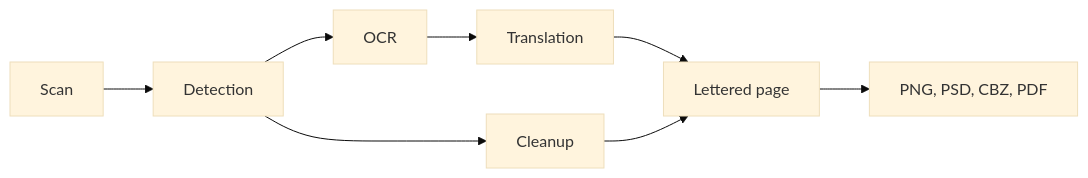
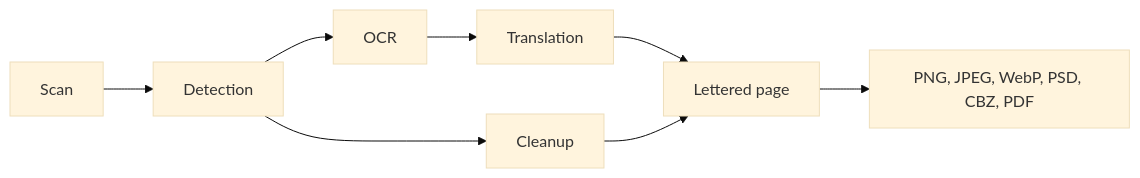
The diagram in packages/docs/how-it-works/index.mdx (koharu-rs/koharu), drawn with Mermaid (base theme) before and after one commit. The commit also changed 21 other files, not shown here.

Commit message:
feat(export): JPEG and WebP at the quality the export asks for, CBZs of either, and PNGs in only the channels a page needs (#932)

````diff
--- a/packages/docs/how-it-works/index.mdx
+++ b/packages/docs/how-it-works/index.mdx
@@ -9,9 +9,9 @@
 ```mermaid
 flowchart LR
   scan["Scan"] --> detection["Detection"]
   detection --> ocr["OCR"] --> translation["Translation"]
   detection --> cleanup["Cleanup"]
   translation --> page["Lettered page"]
   cleanup --> page
-  page --> export["PNG, PSD, CBZ, PDF"]
+  page --> export["PNG, JPEG, WebP, PSD, CBZ, PDF"]
 ```
````
